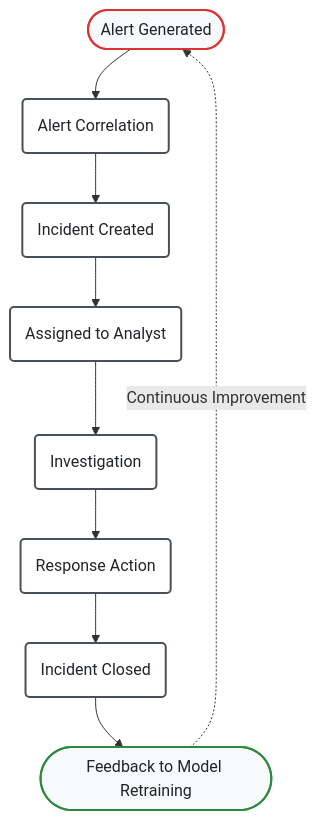
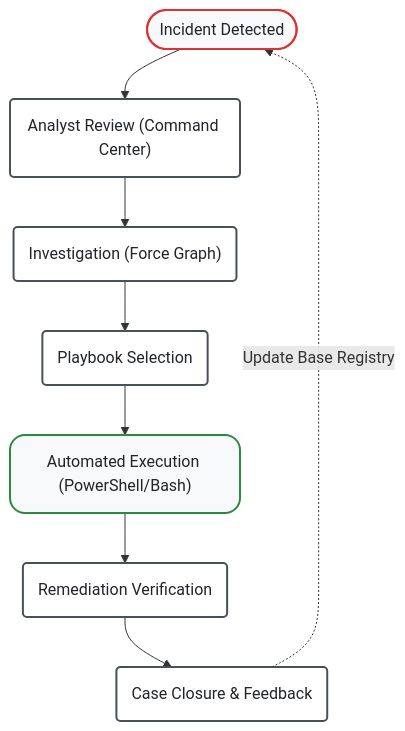
One commit to tsmanral/ai-security-log-agent changed the third of 3 diagrams in architecture_diagrams.md. Above: the diagram before and after it, drawn with Mermaid. The commit also changed other lines of this file and 73 other files, not shown here.

````diff
--- a/architecture_diagrams.md
+++ b/architecture_diagrams.md
@@ -177,19 +106,17 @@
 ```mermaid
 flowchart TD
     classDef step fill:#ffffff,stroke:#495057,stroke-width:2px,color:#212529,rx:4,ry:4;
     classDef trigger fill:#f8f9fa,stroke:#e03131,stroke-width:2px,color:#212529,rx:15,ry:15;
-    classDef feedback fill:#f8f9fa,stroke:#2b8a3e,stroke-width:2px,color:#212529,rx:15,ry:15;
+    classDef action fill:#f8f9fa,stroke:#2b8a3e,stroke-width:2px,color:#212529,rx:15,ry:15;
 
-    W1(["Alert Generated"]):::trigger
-    W2("Alert Correlation"):::step
-    W3("Incident Created"):::step
-    W4("Assigned to Analyst"):::step
-    W5("Investigation"):::step
-    W6("Response Action"):::step
-    W7("Incident Closed"):::step
-    W8(["Feedback to Model Retraining"]):::feedback
+    W1(["Incident Detected"]):::trigger
+    W2("Analyst Review (Command Center)"):::step
+    W3("Investigation (Force Graph)"):::step
+    W4("Playbook Selection"):::step
+    W5("Automated Execution (PowerShell/Bash)"):::action
+    W6("Remediation Verification"):::step
+    W7("Case Closure & Feedback"):::step
 
     W1 --> W2 --> W3 --> W4 --> W5 --> W6 --> W7
-    W7 --> W8
-    W8 -. "Continuous Improvement" .-> W1
+    W7 -. "Update Base Registry" .-> W1
 ```
````
